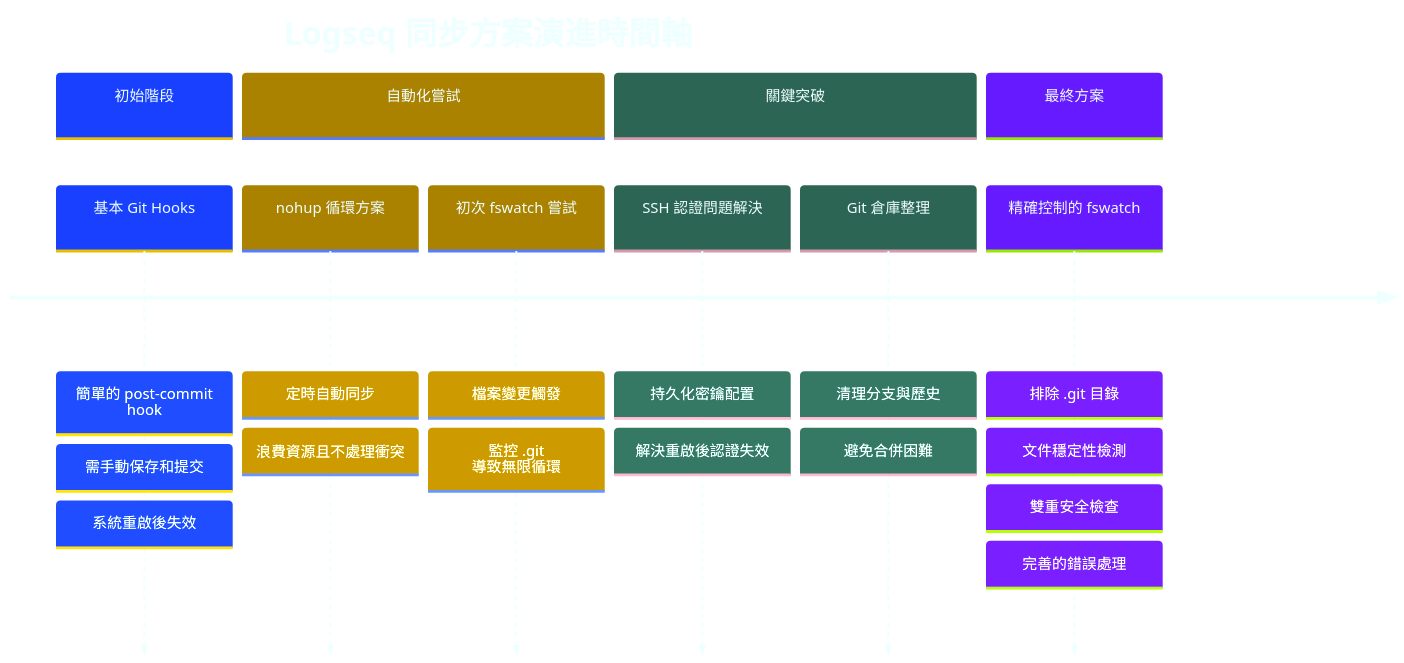
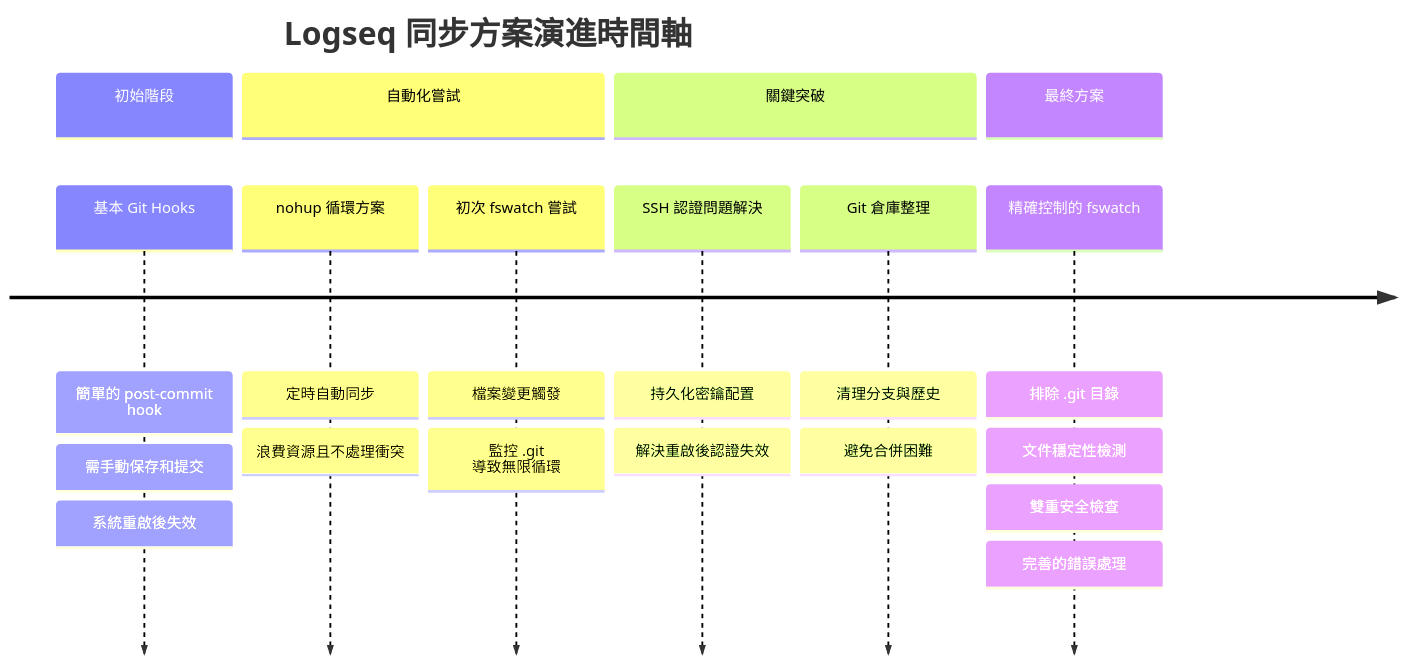
Before and after one commit to GengGeng026/Sync-Logseq: the first of 2 diagrams in Logseq同步方案演進記錄.md, drawn with Mermaid.

Commit message:
Auto-sync: Wed Mar 26 09:31:23 +08 2025

````diff
--- a/Logseq同步方案演進記錄.md
+++ b/Logseq同步方案演進記錄.md
@@ -24,45 +24,40 @@
 ```mermaid
 %%{init: {
   'theme': 'base', 
   'themeVariables': {
     'primaryColor': '#99AAFF',
     'secondaryColor': '#FFCB2B',
     'tertiaryColor': '#59B79A',
     'primaryTextColor': '#EEFFFF',
     'background': 'transparent',
     'textColor': '#EEFFFF',
     'mainBkg': '#273747',
     'nodeBorder': '#59B79A',
     'clusterBkg': 'transparent',
     'edgeLabelBackground': '#21252B'
   },
-  'flowchart': {
-    'curve': 'basis',
-    'nodeSpacing': 50,
-    'rankSpacing': 50,
-    'padding': 15
   }
 }}%%
 
 timeline
     title Logseq 同步方案演進時間軸
     section 初始階段
         基本 Git Hooks : 簡單的 post-commit hook
         : 需手動保存和提交
         : 系統重啟後失效
     section 自動化嘗試
         nohup 循環方案 : 定時自動同步
         : 浪費資源且不處理衝突
         初次 fswatch 嘗試 : 檔案變更觸發
         : 監控 .git 導致無限循環
     section 關鍵突破
         SSH 認證問題解決 : 持久化密鑰配置
         : 解決重啟後認證失效
         Git 倉庫整理 : 清理分支與歷史
         : 避免合併困難
     section 最終方案
         精確控制的 fswatch : 排除 .git 目錄
         : 文件穩定性檢測
         : 雙重安全檢查
         : 完善的錯誤處理
 ```
````
